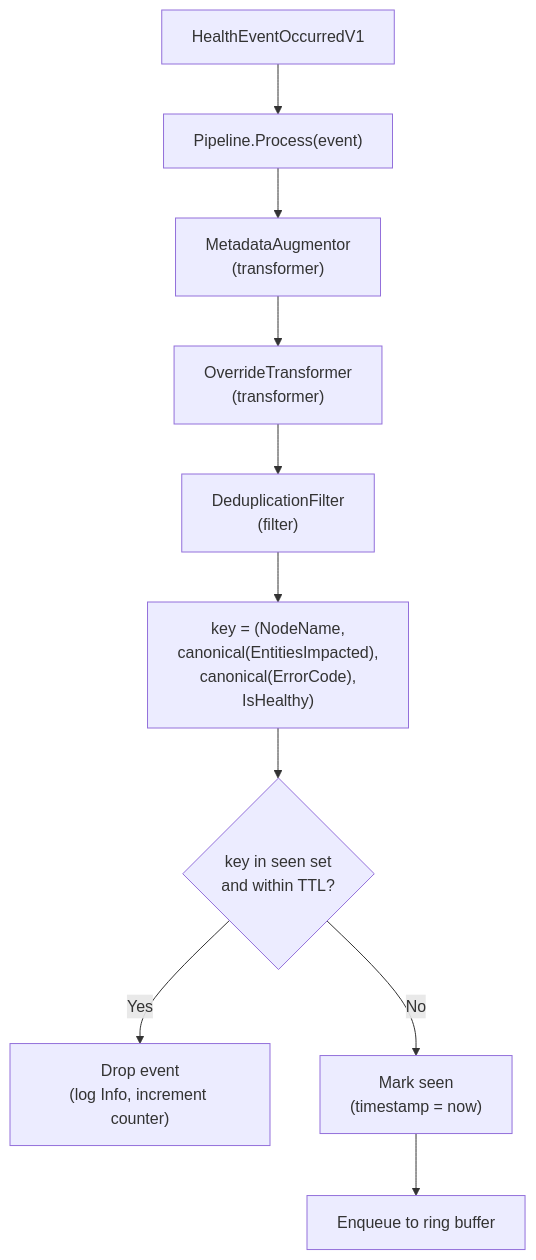
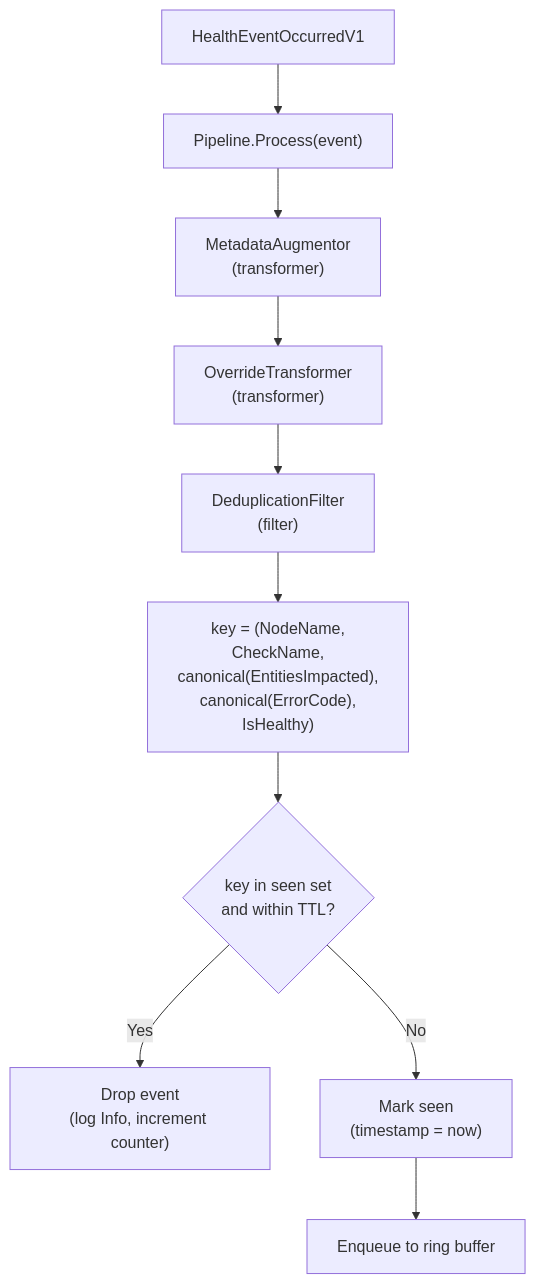
Before and after one commit to XRFXLP/NVSentinel: the diagram in docs/designs/039-health-event-deduplication.md, drawn with Mermaid. The commit also changed other lines of this file, not shown here.

````diff
--- a/docs/designs/039-health-event-deduplication.md
+++ b/docs/designs/039-health-event-deduplication.md
@@ -25,12 +25,12 @@
 ```mermaid
 flowchart TD
     Recv["HealthEventOccurredV1"] --> Pipe["Pipeline.Process(event)"]
     Pipe --> MA["MetadataAugmentor<br/>(transformer)"]
     MA --> OT["OverrideTransformer<br/>(transformer)"]
     OT --> Dedup["DeduplicationFilter<br/>(filter)"]
-    Dedup --> KeyExtract["key = (NodeName,<br/>canonical(EntitiesImpacted),<br/>canonical(ErrorCode),<br/>IsHealthy)"]
+    Dedup --> KeyExtract["key = (NodeName,<br/>CheckName,<br/>canonical(EntitiesImpacted),<br/>canonical(ErrorCode),<br/>IsHealthy)"]
     KeyExtract --> Seen{"key in seen set<br/>and within TTL?"}
     Seen -->|Yes| Drop["Drop event<br/>(log Info, increment counter)"]
     Seen -->|No| Mark["Mark seen<br/>(timestamp = now)"]
     Mark --> Enqueue["Enqueue to ring buffer"]
 ```
````
